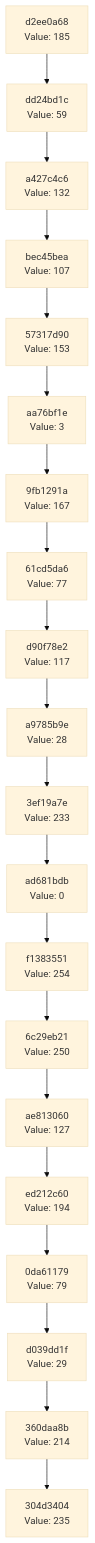
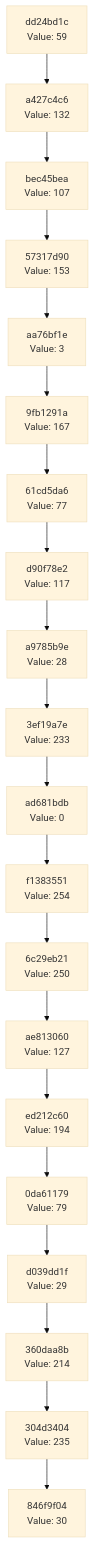
Before and after one commit to Abhisheksinha1506/hash-chain-evolver: the diagram in docs/CHAIN_VISUALIZATION.md, drawn with Mermaid (base theme). The commit also changed 3 other files, not shown here.

````diff
--- a/docs/CHAIN_VISUALIZATION.md
+++ b/docs/CHAIN_VISUALIZATION.md
@@ -3,42 +3,42 @@
 ```mermaid
 graph TD
-    C0["304d3404<br/>Value: 235"]
-    C1["360daa8b<br/>Value: 214"]
+    C0["846f9f04<br/>Value: 30"]
+    C1["304d3404<br/>Value: 235"]
     C1 --> C0
-    C2["d039dd1f<br/>Value: 29"]
+    C2["360daa8b<br/>Value: 214"]
     C2 --> C1
-    C3["0da61179<br/>Value: 79"]
+    C3["d039dd1f<br/>Value: 29"]
     C3 --> C2
-    C4["ed212c60<br/>Value: 194"]
+    C4["0da61179<br/>Value: 79"]
     C4 --> C3
-    C5["ae813060<br/>Value: 127"]
+    C5["ed212c60<br/>Value: 194"]
     C5 --> C4
-    C6["6c29eb21<br/>Value: 250"]
+    C6["ae813060<br/>Value: 127"]
     C6 --> C5
-    C7["f1383551<br/>Value: 254"]
+    C7["6c29eb21<br/>Value: 250"]
     C7 --> C6
-    C8["ad681bdb<br/>Value: 0"]
+    C8["f1383551<br/>Value: 254"]
     C8 --> C7
-    C9["3ef19a7e<br/>Value: 233"]
+    C9["ad681bdb<br/>Value: 0"]
     C9 --> C8
-    C10["a9785b9e<br/>Value: 28"]
+    C10["3ef19a7e<br/>Value: 233"]
     C10 --> C9
-    C11["d90f78e2<br/>Value: 117"]
+    C11["a9785b9e<br/>Value: 28"]
     C11 --> C10
-    C12["61cd5da6<br/>Value: 77"]
+    C12["d90f78e2<br/>Value: 117"]
     C12 --> C11
-    C13["9fb1291a<br/>Value: 167"]
+    C13["61cd5da6<br/>Value: 77"]
     C13 --> C12
-    C14["aa76bf1e<br/>Value: 3"]
+    C14["9fb1291a<br/>Value: 167"]
     C14 --> C13
-    C15["57317d90<br/>Value: 153"]
+    C15["aa76bf1e<br/>Value: 3"]
     C15 --> C14
-    C16["bec45bea<br/>Value: 107"]
+    C16["57317d90<br/>Value: 153"]
     C16 --> C15
-    C17["a427c4c6<br/>Value: 132"]
+    C17["bec45bea<br/>Value: 107"]
     C17 --> C16
-    C18["dd24bd1c<br/>Value: 59"]
+    C18["a427c4c6<br/>Value: 132"]
     C18 --> C17
-    C19["d2ee0a68<br/>Value: 185"]
+    C19["dd24bd1c<br/>Value: 59"]
     C19 --> C18
 ```
````
